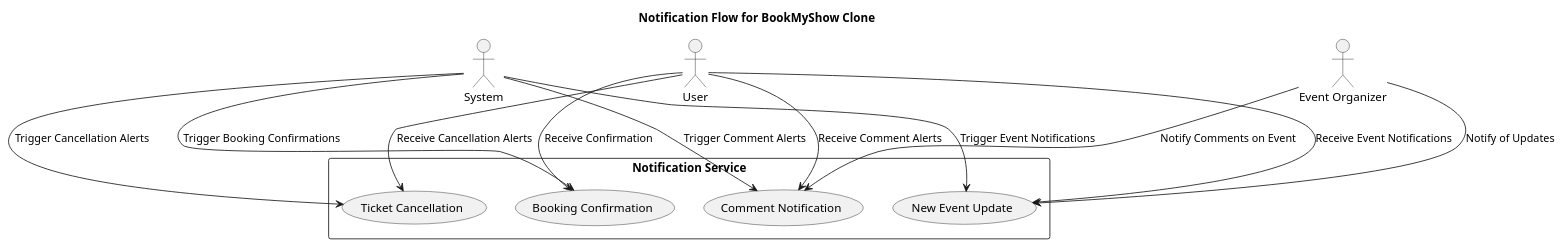
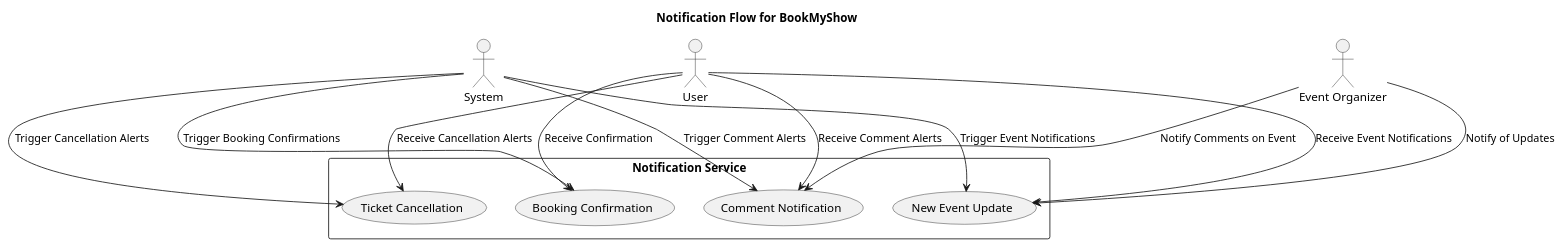
Before and after one commit to IIITLucknowSWEngg/CSITTeam012: diagram 14 of 14 in Assignment 02/Design.md, drawn with PlantUML. The commit also changed other lines of this file and 10 other files, not shown here.

````diff
--- a/Assignment 02/Design.md
+++ b/Assignment 02/Design.md
@@ -1188,31 +1188,31 @@
 ```plantuml
 @startuml
-title Notification Flow for BookMyShow Clone
+title Notification Flow for BookMyShow
 
 actor "User" as User
 actor "System" as System
 actor "Event Organizer" as Organizer
 
 rectangle "Notification Service" {
     (New Event Update) as EventUpdate
     (Booking Confirmation) as BookingConfirmation
     (Comment Notification) as CommentNotification
     (Ticket Cancellation) as TicketCancellation
 }
 
 ' Relationships
 User --> EventUpdate : Receive Event Notifications
 User --> BookingConfirmation : Receive Confirmation
 User --> CommentNotification : Receive Comment Alerts
 User --> TicketCancellation : Receive Cancellation Alerts
 
 Organizer --> EventUpdate : Notify of Updates
 Organizer --> CommentNotification : Notify Comments on Event
 
 System --> EventUpdate : Trigger Event Notifications
 System --> BookingConfirmation : Trigger Booking Confirmations
 System --> CommentNotification : Trigger Comment Alerts
 System --> TicketCancellation : Trigger Cancellation Alerts
 
 @enduml
 ```
````
